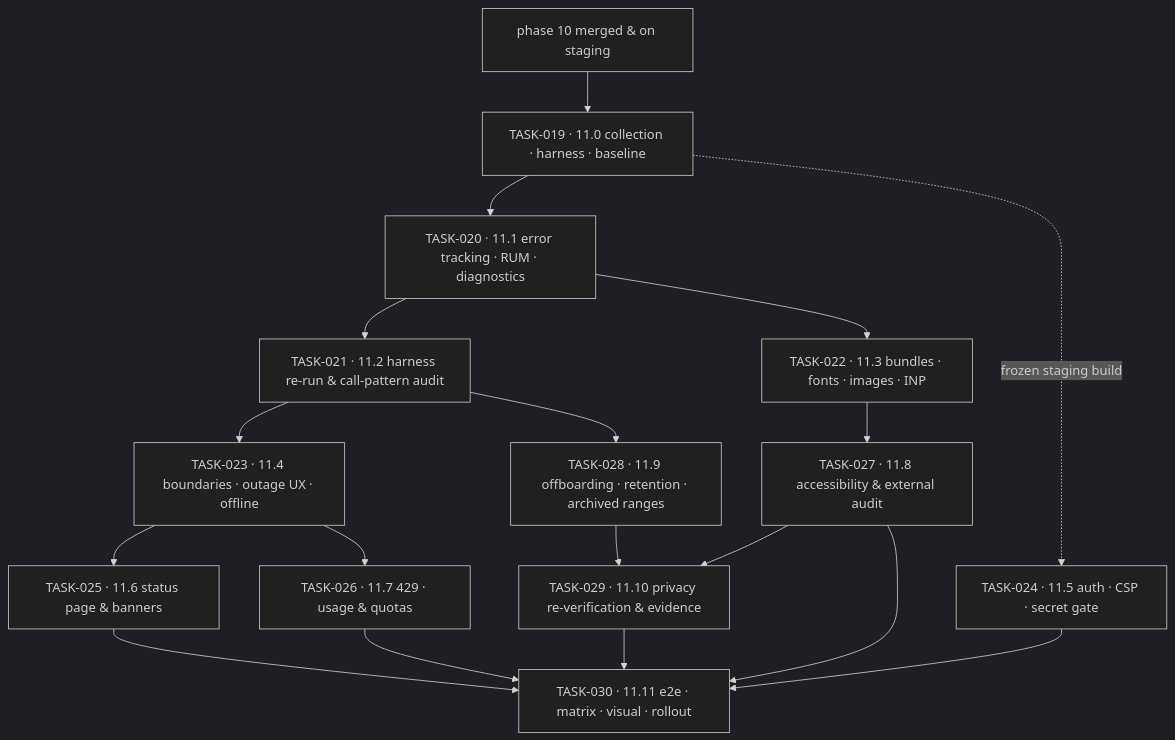
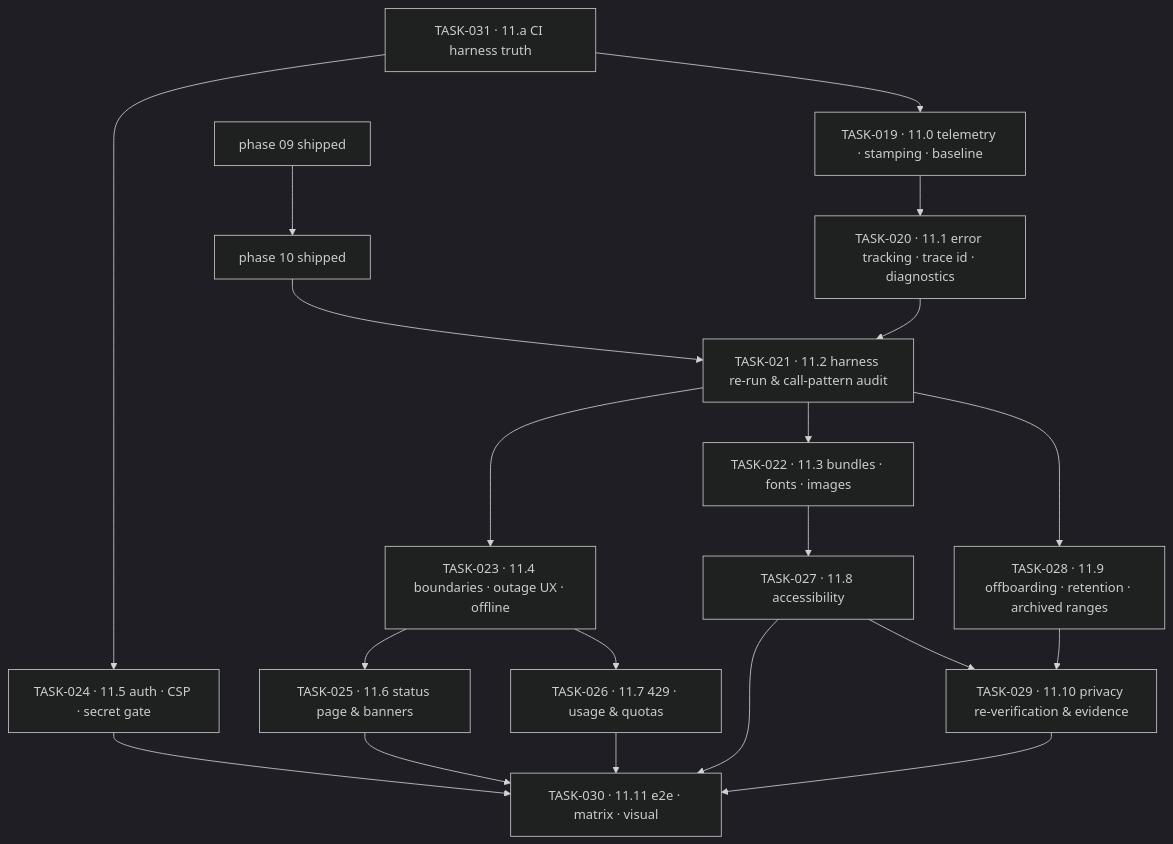
One commit to santoshkc2200/sanvi-frontend changed the diagram in docs/tasks/phase-11/README.md. Above: the diagram before and after it, drawn with Mermaid (dark theme). The commit also changed other lines of this file and 19 other files, not shown here.

````diff
--- a/docs/tasks/phase-11/README.md
+++ b/docs/tasks/phase-11/README.md
@@ -55,20 +82,22 @@
 ```mermaid
 graph TD
-  P10[phase 10 merged & on staging] --> T19
-  T19[TASK-019 · 11.0 collection · harness · baseline] --> T20[TASK-020 · 11.1 error tracking · RUM · diagnostics]
-  T20 --> T21[TASK-021 · 11.2 harness re-run & call-pattern audit]
-  T20 --> T22[TASK-022 · 11.3 bundles · fonts · images · INP]
+  T31[TASK-031 · 11.a CI harness truth] --> T19[TASK-019 · 11.0 telemetry · stamping · baseline]
+  T31 --> T24[TASK-024 · 11.5 auth · CSP · secret gate]
+  T19 --> T20[TASK-020 · 11.1 error tracking · trace id · diagnostics]
+  P09[phase 09 shipped] --> P10[phase 10 shipped]
+  P10 --> T21[TASK-021 · 11.2 harness re-run & call-pattern audit]
+  T20 --> T21
+  T21 --> T22[TASK-022 · 11.3 bundles · fonts · images]
   T21 --> T23[TASK-023 · 11.4 boundaries · outage UX · offline]
-  T19 -.frozen staging build.-> T24[TASK-024 · 11.5 auth · CSP · secret gate]
   T23 --> T25[TASK-025 · 11.6 status page & banners]
   T23 --> T26[TASK-026 · 11.7 429 · usage & quotas]
-  T22 --> T27[TASK-027 · 11.8 accessibility & external audit]
+  T22 --> T27[TASK-027 · 11.8 accessibility]
   T21 --> T28[TASK-028 · 11.9 offboarding · retention · archived ranges]
   T27 --> T29[TASK-029 · 11.10 privacy re-verification & evidence]
   T28 --> T29
-  T24 --> T30[TASK-030 · 11.11 e2e · matrix · visual · rollout]
+  T24 --> T30[TASK-030 · 11.11 e2e · matrix · visual]
   T25 --> T30
   T26 --> T30
   T27 --> T30
   T29 --> T30
 ```
````
